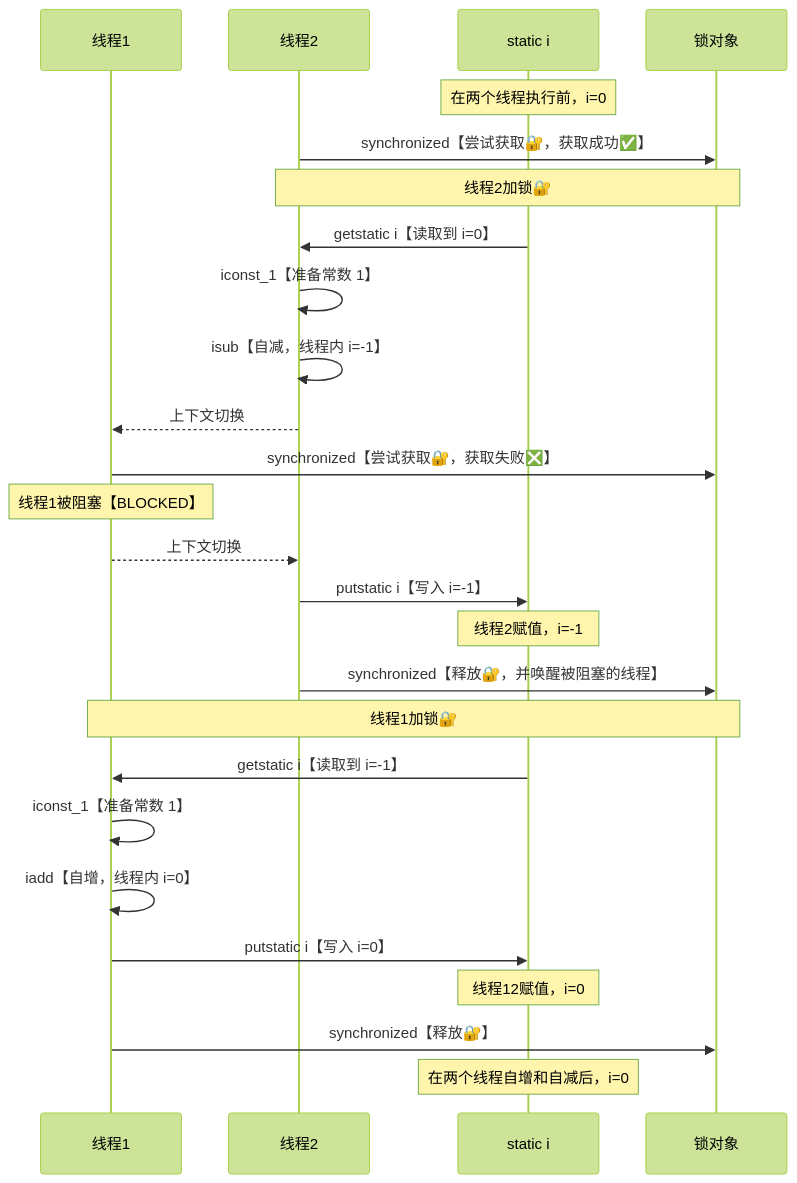
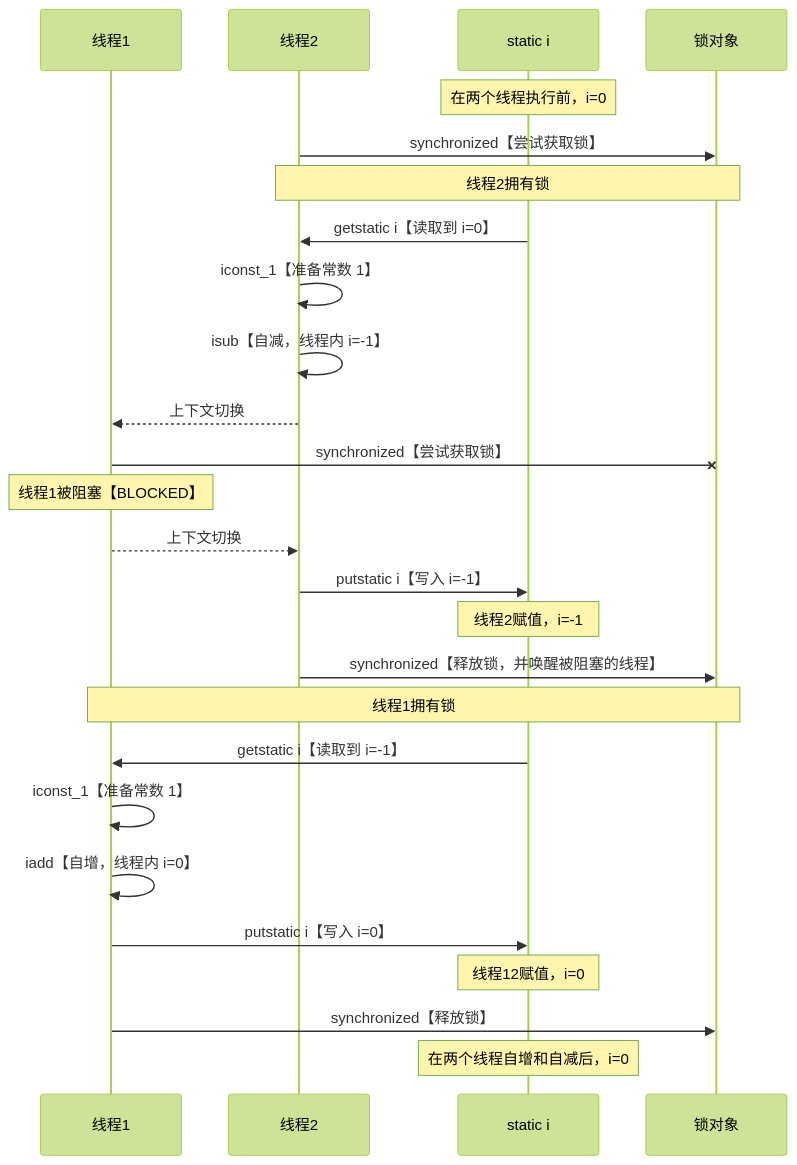
The third of 6 diagrams in Java/concurrency/Java并发.md (UpUpPeng/AndroidLearningNotes), drawn with Mermaid (forest theme) before and after one commit. The commit also changed other lines of this file, not shown here.

````diff
--- a/Java/concurrency/Java并发.md
+++ b/Java/concurrency/Java并发.md
@@ -673,29 +673,29 @@
 ```mermaid
 sequenceDiagram
 	participant 线程1
 	participant 线程2
 	participant static i
 	participant 锁对象
 
     Note over static i : 在两个线程执行前，i=0
-    线程2 ->> 锁对象 : synchronized【尝试获取🔐，获取成功✅】
-    Note over 线程2,锁对象 : 线程2加锁🔐
+    线程2 ->> 锁对象 : synchronized【尝试获取锁】
+    Note over 线程2,锁对象 : 线程2拥有锁
     static i ->> 线程2 : getstatic i【读取到 i=0】
     线程2 ->> 线程2 : iconst_1【准备常数 1】
     线程2 ->> 线程2 : isub【自减，线程内 i=-1】
     线程2 -->> 线程1 : 上下文切换
-    线程1 ->> 锁对象 : synchronized【尝试获取🔐，获取失败❎】
+    线程1 -x 锁对象 : synchronized【尝试获取锁】
     Note over 线程1 : 线程1被阻塞【BLOCKED】
     线程1 -->> 线程2 : 上下文切换
     线程2 ->> static i : putstatic i【写入 i=-1】
     Note over static i : 线程2赋值，i=-1
-    线程2 ->> 锁对象 : synchronized【释放🔐，并唤醒被阻塞的线程】
-    Note over 线程1,锁对象 : 线程1加锁🔐
+    线程2 ->> 锁对象 : synchronized【释放锁，并唤醒被阻塞的线程】
+    Note over 线程1,锁对象 : 线程1拥有锁
     static i ->> 线程1 : getstatic i【读取到 i=-1】
     线程1 ->> 线程1 : iconst_1【准备常数 1】
     线程1 ->> 线程1 : iadd【自增，线程内 i=0】
     线程1 ->> static i : putstatic i【写入 i=0】
     Note over static i : 线程12赋值，i=0
-    线程1 ->> 锁对象 : synchronized【释放🔐】
+    线程1 ->> 锁对象 : synchronized【释放锁】
     Note over static i : 在两个线程自增和自减后，i=0
 ```
````
